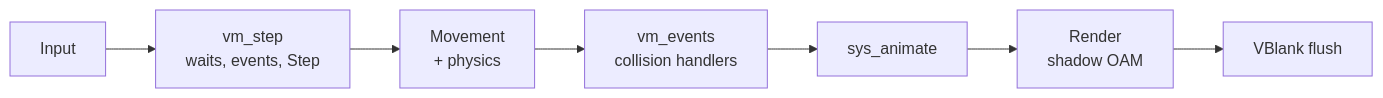
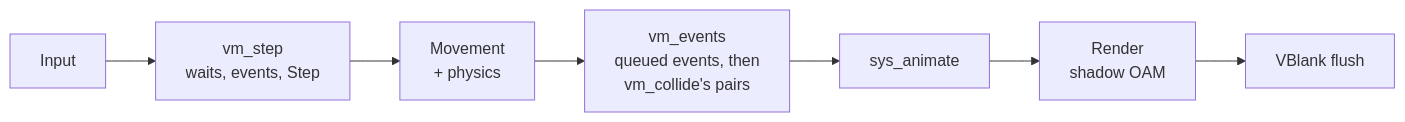
Before and after one commit to StevenGann/Serval-Engine: the diagram in docs/frame-loop.md, drawn with Mermaid. The commit also changed other lines of this file and 10 other files, not shown here.

````diff
--- a/docs/frame-loop.md
+++ b/docs/frame-loop.md
@@ -15,4 +15,4 @@
 ```mermaid
 flowchart LR
-    A[Input] --> B[vm_step<br/>waits, events, Step] --> C[Movement<br/>+ physics] --> D[vm_events<br/>collision handlers] --> E[sys_animate] --> F[Render<br/>shadow OAM] --> G[VBlank flush]
+    A[Input] --> B[vm_step<br/>waits, events, Step] --> C[Movement<br/>+ physics] --> D[vm_events<br/>queued events, then<br/>vm_collide's pairs] --> E[sys_animate] --> F[Render<br/>shadow OAM] --> G[VBlank flush]
 ```
````
